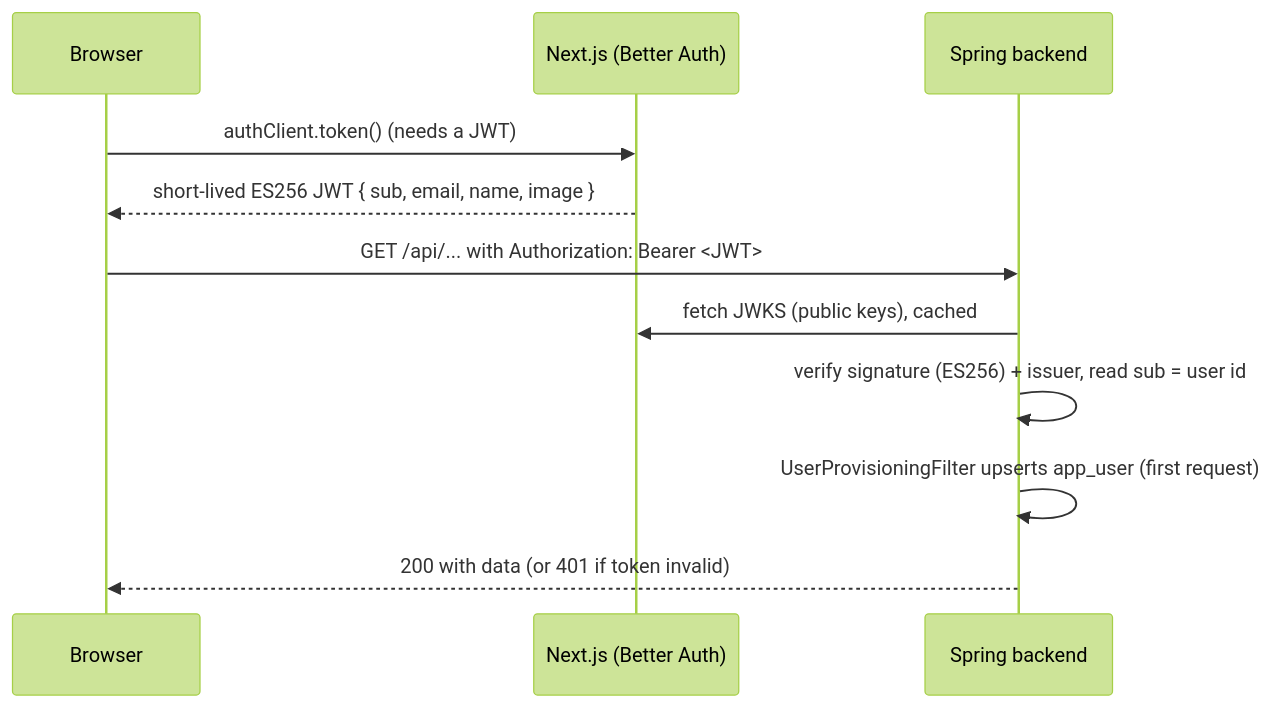
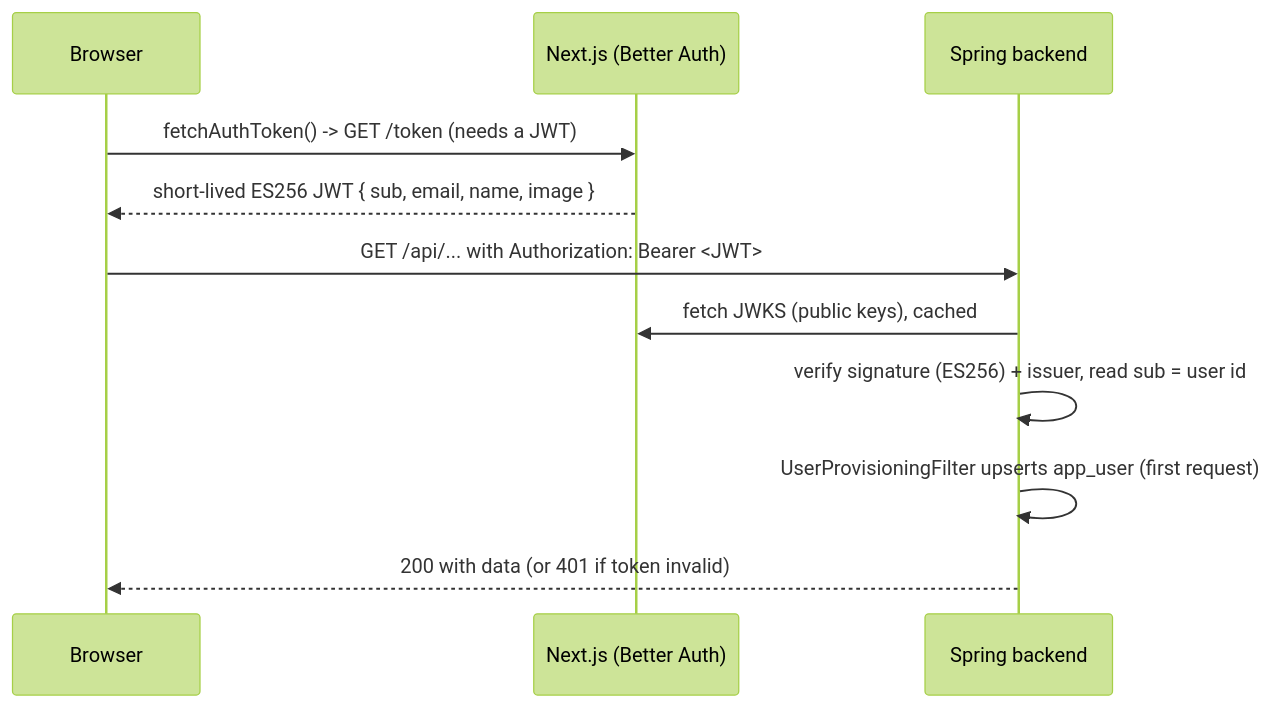
Before and after one commit to OffCrazyFreak/Disscount: the second of 4 diagrams in docs/AUTH.md, drawn with Mermaid (forest theme). The commit also changed other lines of this file, not shown here.

First line of the commit message:
docs(auth): Correct stale paths and client claims

````diff
--- a/docs/AUTH.md
+++ b/docs/AUTH.md
@@ -33,13 +33,13 @@
 ```mermaid
 sequenceDiagram
     participant B as Browser
     participant N as Next.js (Better Auth)
     participant S as Spring backend
-    B->>N: authClient.token() (needs a JWT)
+    B->>N: fetchAuthToken() -> GET /token (needs a JWT)
     N-->>B: short-lived ES256 JWT { sub, email, name, image }
     B->>S: GET /api/... with Authorization: Bearer <JWT>
     S->>N: fetch JWKS (public keys), cached
     S->>S: verify signature (ES256) + issuer, read sub = user id
     S->>S: UserProvisioningFilter upserts app_user (first request)
     S-->>B: 200 with data (or 401 if token invalid)
 ```
````
